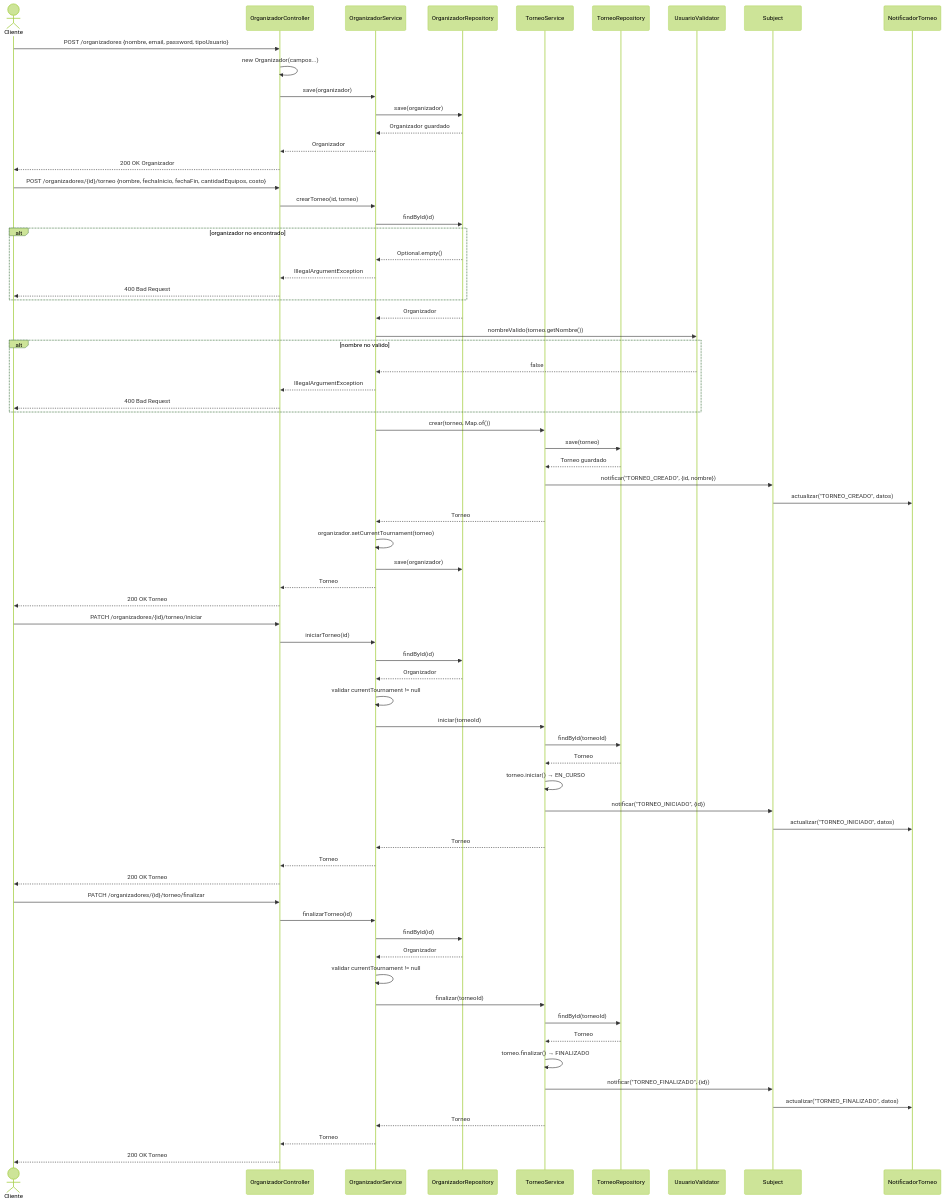
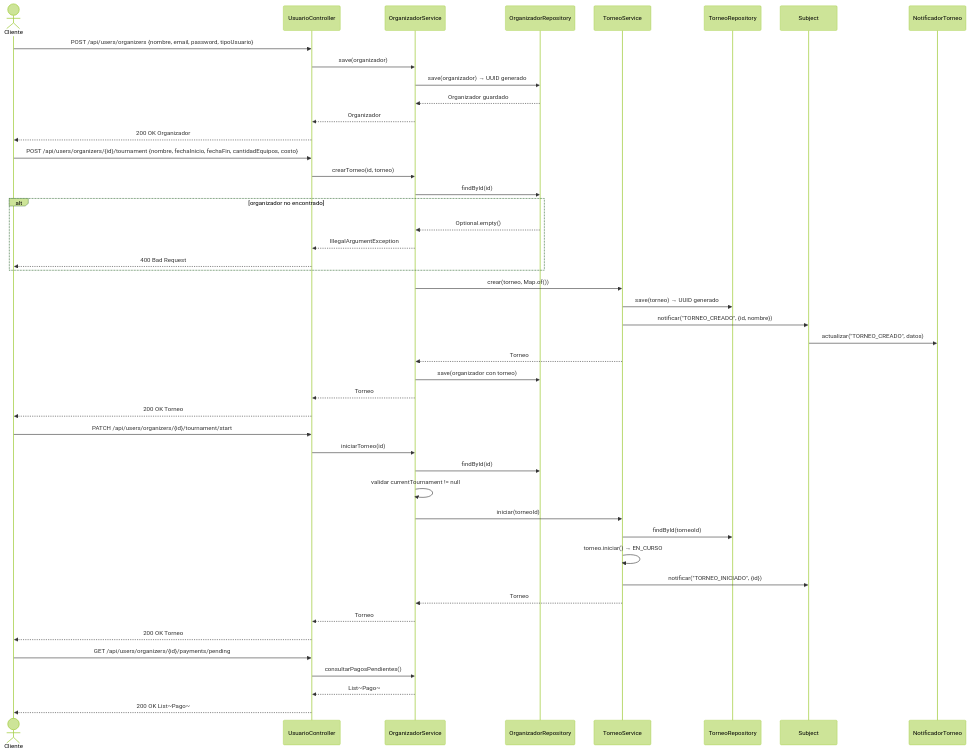
One commit to nglsz006/SFC_techcup-futbol changed the diagram in docs/uml/diagramas-secuencia/09-organizadores.md. Above: the diagram before and after it, drawn with Mermaid (forest theme). The commit also changed 22 other files, not shown here.

Commit message:
feat: UUID migration, OAuth2 fix, updated Mermaid diagrams and README Sprint 4

````diff
--- a/docs/uml/diagramas-secuencia/09-organizadores.md
+++ b/docs/uml/diagramas-secuencia/09-organizadores.md
@@ -3,80 +3,56 @@
 ```mermaid
 sequenceDiagram
     actor Cliente
-    participant OrganizadorController
+    participant UsuarioController
     participant OrganizadorService
     participant OrganizadorRepository
     participant TorneoService
     participant TorneoRepository
-    participant UsuarioValidator
     participant Subject
     participant NotificadorTorneo
 
     %% Crear organizador
-    Cliente->>OrganizadorController: POST /organizadores {nombre, email, password, tipoUsuario}
-    OrganizadorController->>OrganizadorController: new Organizador(campos...)
-    OrganizadorController->>OrganizadorService: save(organizador)
-    OrganizadorService->>OrganizadorRepository: save(organizador)
+    Cliente->>UsuarioController: POST /api/users/organizers {nombre, email, password, tipoUsuario}
+    UsuarioController->>OrganizadorService: save(organizador)
+    OrganizadorService->>OrganizadorRepository: save(organizador) → UUID generado
     OrganizadorRepository-->>OrganizadorService: Organizador guardado
-    OrganizadorService-->>OrganizadorController: Organizador
-    OrganizadorController-->>Cliente: 200 OK Organizador
+    OrganizadorService-->>UsuarioController: Organizador
+    UsuarioController-->>Cliente: 200 OK Organizador
 
     %% Crear torneo
-    Cliente->>OrganizadorController: POST /organizadores/{id}/torneo {nombre, fechaInicio, fechaFin, cantidadEquipos, costo}
-    OrganizadorController->>OrganizadorService: crearTorneo(id, torneo)
+    Cliente->>UsuarioController: POST /api/users/organizers/{id}/tournament {nombre, fechaInicio, fechaFin, cantidadEquipos, costo}
+    UsuarioController->>OrganizadorService: crearTorneo(id, torneo)
     OrganizadorService->>OrganizadorRepository: findById(id)
     alt organizador no encontrado
         OrganizadorRepository-->>OrganizadorService: Optional.empty()
-        OrganizadorService-->>OrganizadorController: IllegalArgumentException
-        OrganizadorController-->>Cliente: 400 Bad Request
-    end
-    OrganizadorRepository-->>OrganizadorService: Organizador
-    OrganizadorService->>UsuarioValidator: nombreValido(torneo.getNombre())
-    alt nombre no valido
-        UsuarioValidator-->>OrganizadorService: false
-        OrganizadorService-->>OrganizadorController: IllegalArgumentException
-        OrganizadorController-->>Cliente: 400 Bad Request
+        OrganizadorService-->>UsuarioController: IllegalArgumentException
+        UsuarioController-->>Cliente: 400 Bad Request
     end
     OrganizadorService->>TorneoService: crear(torneo, Map.of())
-    TorneoService->>TorneoRepository: save(torneo)
-    TorneoRepository-->>TorneoService: Torneo guardado
+    TorneoService->>TorneoRepository: save(torneo) → UUID generado
     TorneoService->>Subject: notificar("TORNEO_CREADO", {id, nombre})
     Subject->>NotificadorTorneo: actualizar("TORNEO_CREADO", datos)
     TorneoService-->>OrganizadorService: Torneo
-    OrganizadorService->>OrganizadorService: organizador.setCurrentTournament(torneo)
-    OrganizadorService->>OrganizadorRepository: save(organizador)
-    OrganizadorService-->>OrganizadorController: Torneo
-    OrganizadorController-->>Cliente: 200 OK Torneo
+    OrganizadorService->>OrganizadorRepository: save(organizador con torneo)
+    OrganizadorService-->>UsuarioController: Torneo
+    UsuarioController-->>Cliente: 200 OK Torneo
 
     %% Iniciar torneo
-    Cliente->>OrganizadorController: PATCH /organizadores/{id}/torneo/iniciar
-    OrganizadorController->>OrganizadorService: iniciarTorneo(id)
+    Cliente->>UsuarioController: PATCH /api/users/organizers/{id}/tournament/start
+    UsuarioController->>OrganizadorService: iniciarTorneo(id)
     OrganizadorService->>OrganizadorRepository: findById(id)
-    OrganizadorRepository-->>OrganizadorService: Organizador
     OrganizadorService->>OrganizadorService: validar currentTournament != null
     OrganizadorService->>TorneoService: iniciar(torneoId)
     TorneoService->>TorneoRepository: findById(torneoId)
-    TorneoRepository-->>TorneoService: Torneo
     TorneoService->>TorneoService: torneo.iniciar() → EN_CURSO
     TorneoService->>Subject: notificar("TORNEO_INICIADO", {id})
-    Subject->>NotificadorTorneo: actualizar("TORNEO_INICIADO", datos)
     TorneoService-->>OrganizadorService: Torneo
-    OrganizadorService-->>OrganizadorController: Torneo
-    OrganizadorController-->>Cliente: 200 OK Torneo
+    OrganizadorService-->>UsuarioController: Torneo
+    UsuarioController-->>Cliente: 200 OK Torneo
 
-    %% Finalizar torneo
-    Cliente->>OrganizadorController: PATCH /organizadores/{id}/torneo/finalizar
-    OrganizadorController->>OrganizadorService: finalizarTorneo(id)
-    OrganizadorService->>OrganizadorRepository: findById(id)
-    OrganizadorRepository-->>OrganizadorService: Organizador
-    OrganizadorService->>OrganizadorService: validar currentTournament != null
-    OrganizadorService->>TorneoService: finalizar(torneoId)
-    TorneoService->>TorneoRepository: findById(torneoId)
-    TorneoRepository-->>TorneoService: Torneo
-    TorneoService->>TorneoService: torneo.finalizar() → FINALIZADO
-    TorneoService->>Subject: notificar("TORNEO_FINALIZADO", {id})
-    Subject->>NotificadorTorneo: actualizar("TORNEO_FINALIZADO", datos)
-    TorneoService-->>OrganizadorService: Torneo
-    OrganizadorService-->>OrganizadorController: Torneo
-    OrganizadorController-->>Cliente: 200 OK Torneo
+    %% Ver pagos pendientes
+    Cliente->>UsuarioController: GET /api/users/organizers/{id}/payments/pending
+    UsuarioController->>OrganizadorService: consultarPagosPendientes()
+    OrganizadorService-->>UsuarioController: List~Pago~
+    UsuarioController-->>Cliente: 200 OK List~Pago~
 ```
````
